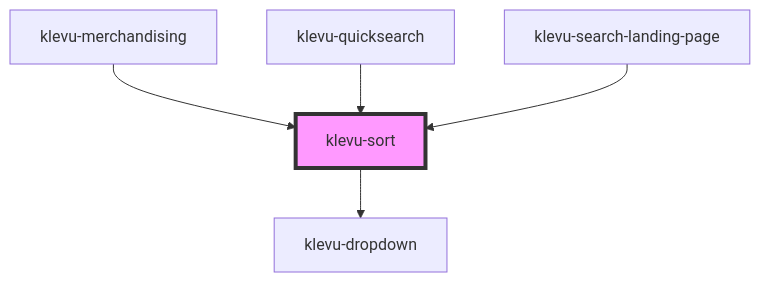
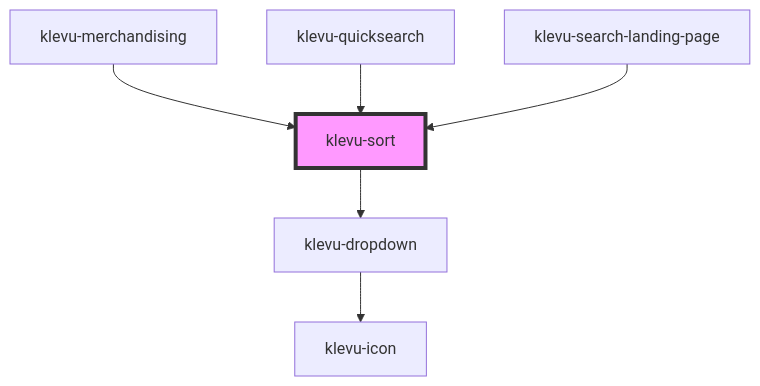
Before and after one commit to klevultd/frontend-sdk: the diagram in packages/klevu-ui/src/components/klevu-sort/readme.md, drawn with Mermaid. The commit also changed 80 other files, not shown here.

Commit message:
Create a klevu-icon component

````diff
--- a/packages/klevu-ui/src/components/klevu-sort/readme.md
+++ b/packages/klevu-ui/src/components/klevu-sort/readme.md
@@ -38,8 +38,9 @@
 ```mermaid
 graph TD;
   klevu-sort --> klevu-dropdown
+  klevu-dropdown --> klevu-icon
   klevu-merchandising --> klevu-sort
   klevu-quicksearch --> klevu-sort
   klevu-search-landing-page --> klevu-sort
   style klevu-sort fill:#f9f,stroke:#333,stroke-width:4px
 ```
````
